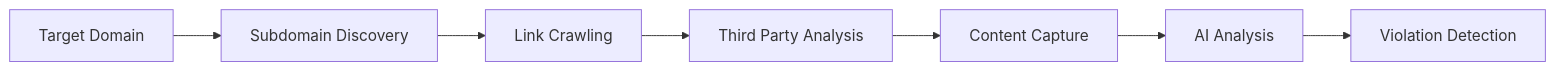
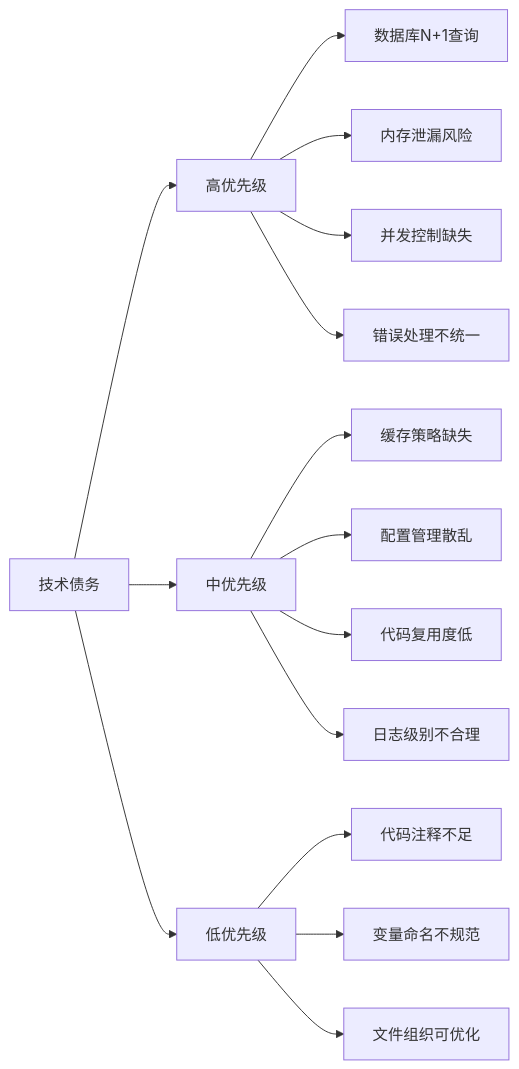
The third of 11 diagrams in .qoder/quests/project-analysis-optimization.md (laishouchao/ai-content-security), drawn with Mermaid before and after one commit. The commit also changed other lines of this file and 56 other files, not shown here.

````diff
--- a/.qoder/quests/project-analysis-optimization.md
+++ b/.qoder/quests/project-analysis-optimization.md
@@ -129,9 +163,20 @@
 ```mermaid
-flowchart LR
-    A[Target Domain] --> B[Subdomain Discovery]
-    B --> C[Link Crawling]
-    C --> D[Third Party Analysis]
-    D --> E[Content Capture]
-    E --> F[AI Analysis]
-    F --> G[Violation Detection]
+graph LR
+    A[技术债务] --> B[高优先级]
+    A --> C[中优先级]
+    A --> D[低优先级]
+    
+    B --> B1[数据库N+1查询]
+    B --> B2[内存泄漏风险]
+    B --> B3[并发控制缺失]
+    B --> B4[错误处理不统一]
+    
+    C --> C1[缓存策略缺失]
+    C --> C2[配置管理散乱]
+    C --> C3[代码复用度低]
+    C --> C4[日志级别不合理]
+    
+    D --> D1[代码注释不足]
+    D --> D2[变量命名不规范]
+    D --> D3[文件组织可优化]
 ```
````
